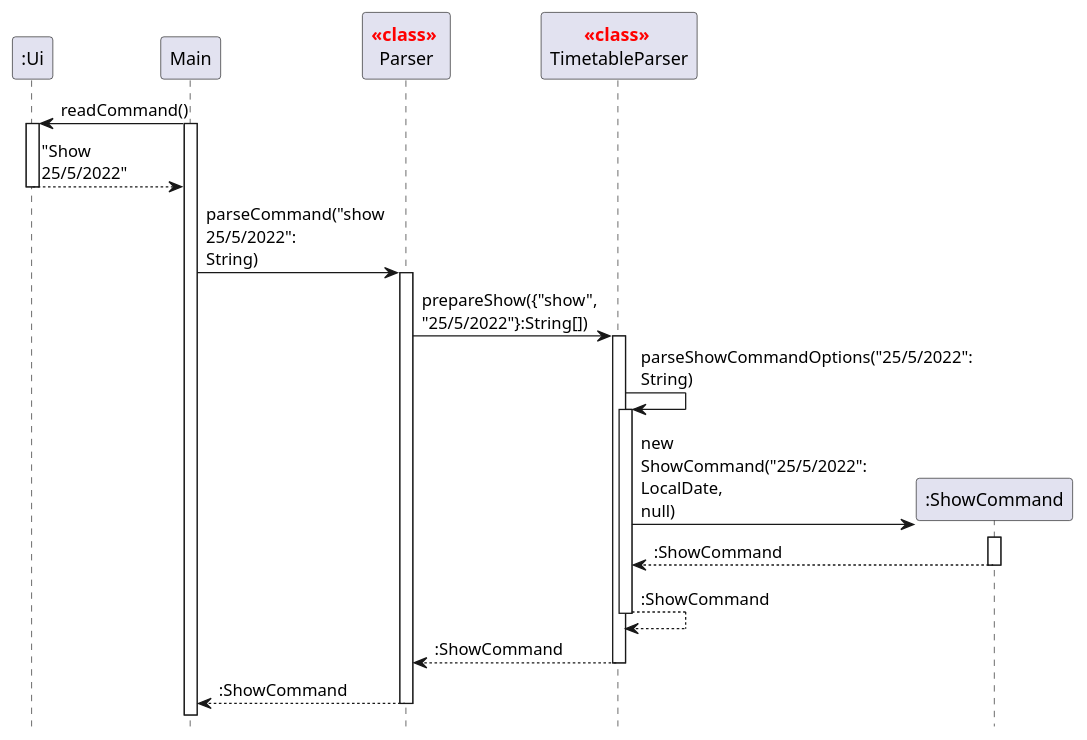
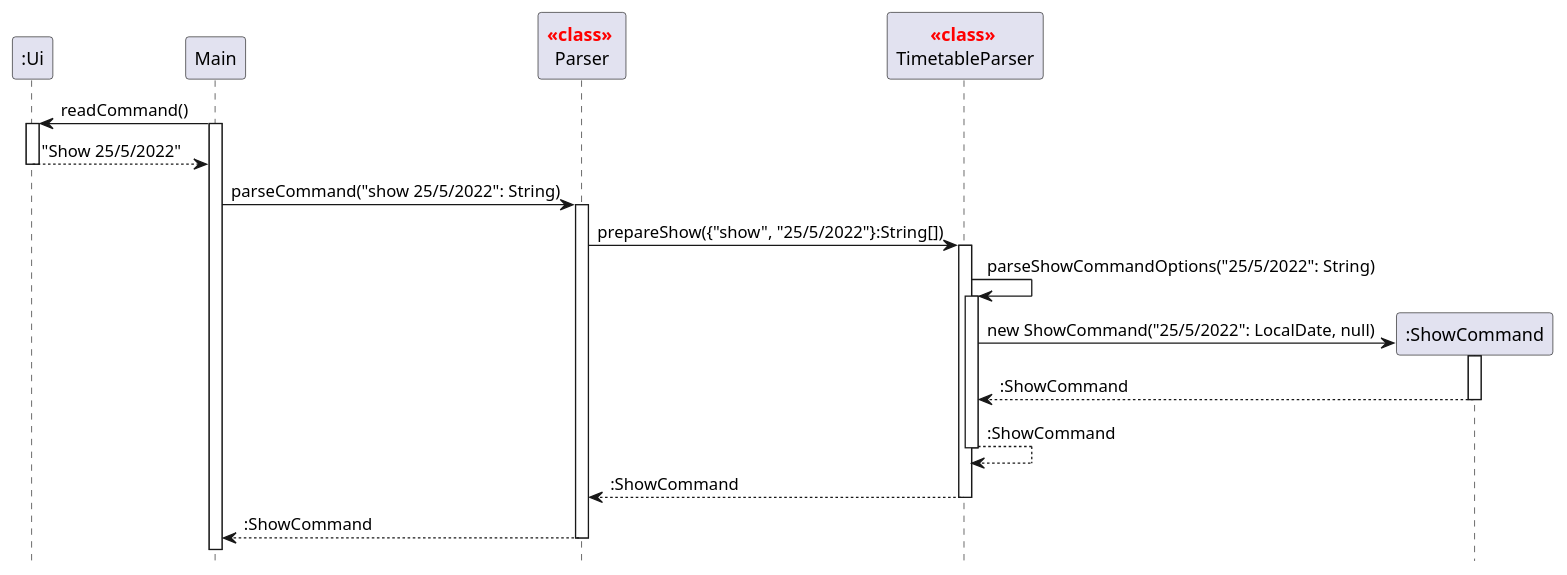
One commit to nus-cs2113-AY2122S2/tp changed the diagram in docs/puml/ShowScheduleForADateSDOne.puml. Above: the diagram before and after it, drawn with PlantUML. The commit also changed 5 other files, not shown here.

Commit message:
Update SD Diagrams for showing schedule in DG

```diff
--- a/docs/puml/ShowScheduleForADateSDOne.puml
+++ b/docs/puml/ShowScheduleForADateSDOne.puml
@@ -1,54 +1,52 @@
 @startuml
 
-skinparam maxMessageSize 85
 
 hide footbox
-
 
 participant ":Ui" as Ui
 participant Main as Main
 participant "<font color=red>**<<class>>** \nParser" as Parser
 participant "<font color=red>**<<class>>** \nTimetableParser" as TimetableParser
 participant ":ShowCommand" as ShowCommand
 
 
 
 Main -> Ui: readCommand()
 activate Main
 
 activate Ui
 
 Ui --> Main: "Show 25/5/2022"
 deactivate Ui
 
 Main -> Parser: parseCommand("show 25/5/2022": String)
 activate Parser
 
 Parser -> TimetableParser: prepareShow({"show", "25/5/2022"}:String[])
 activate TimetableParser
 
 TimetableParser -> TimetableParser: parseShowCommandOptions("25/5/2022": String)
 activate TimetableParser
 
 create ShowCommand
 TimetableParser -> ShowCommand: new ShowCommand("25/5/2022": LocalDate, null)
 
 activate ShowCommand
 
 ShowCommand --> TimetableParser: :ShowCommand
 deactivate ShowCommand
 
 TimetableParser --> TimetableParser: :ShowCommand
 deactivate TimetableParser
 
 TimetableParser --> Parser: :ShowCommand
 deactivate TimetableParser
 
 
 Parser --> Main: :ShowCommand
 deactivate Parser
 
 
 
 
 @enduml
```
